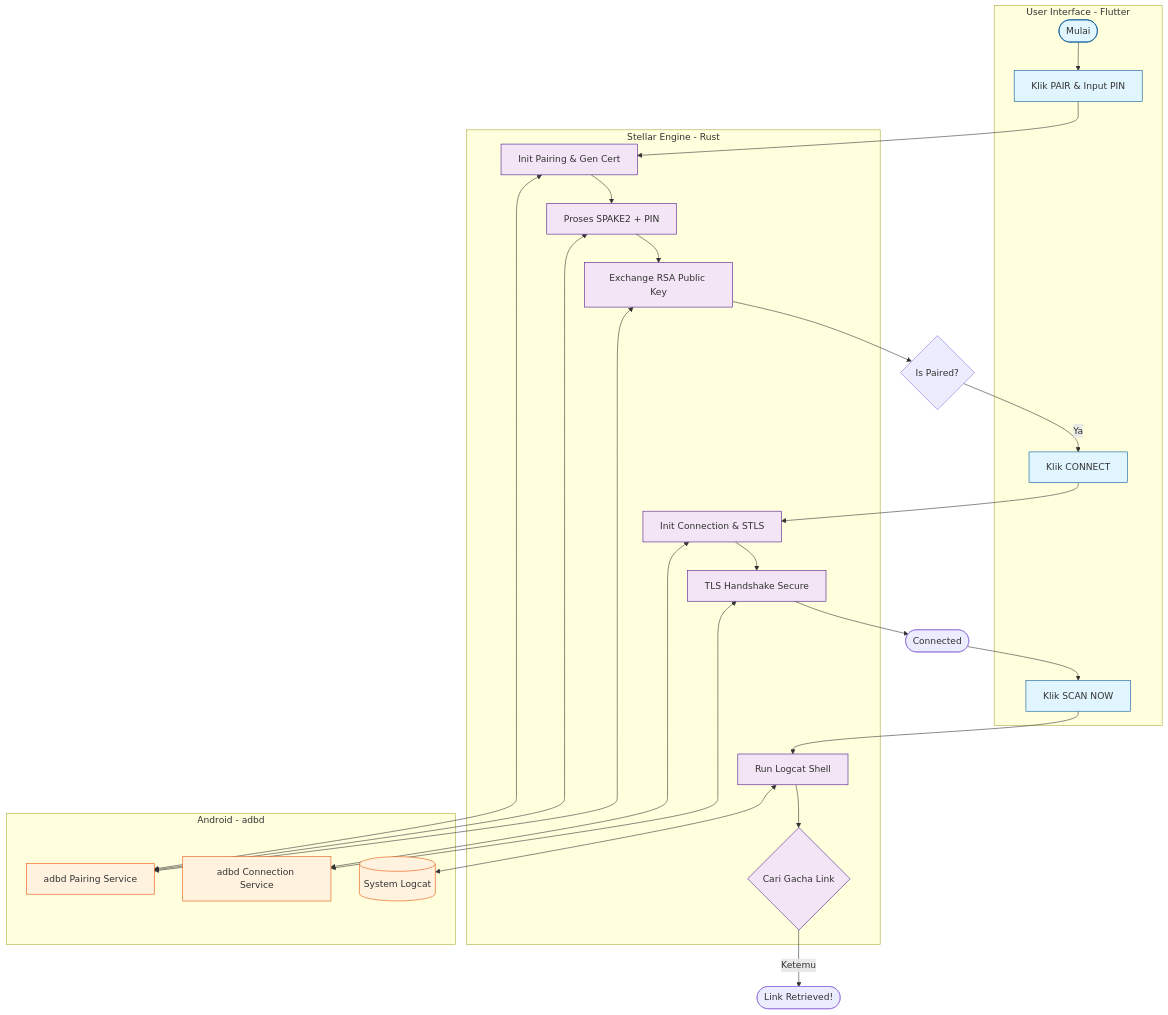
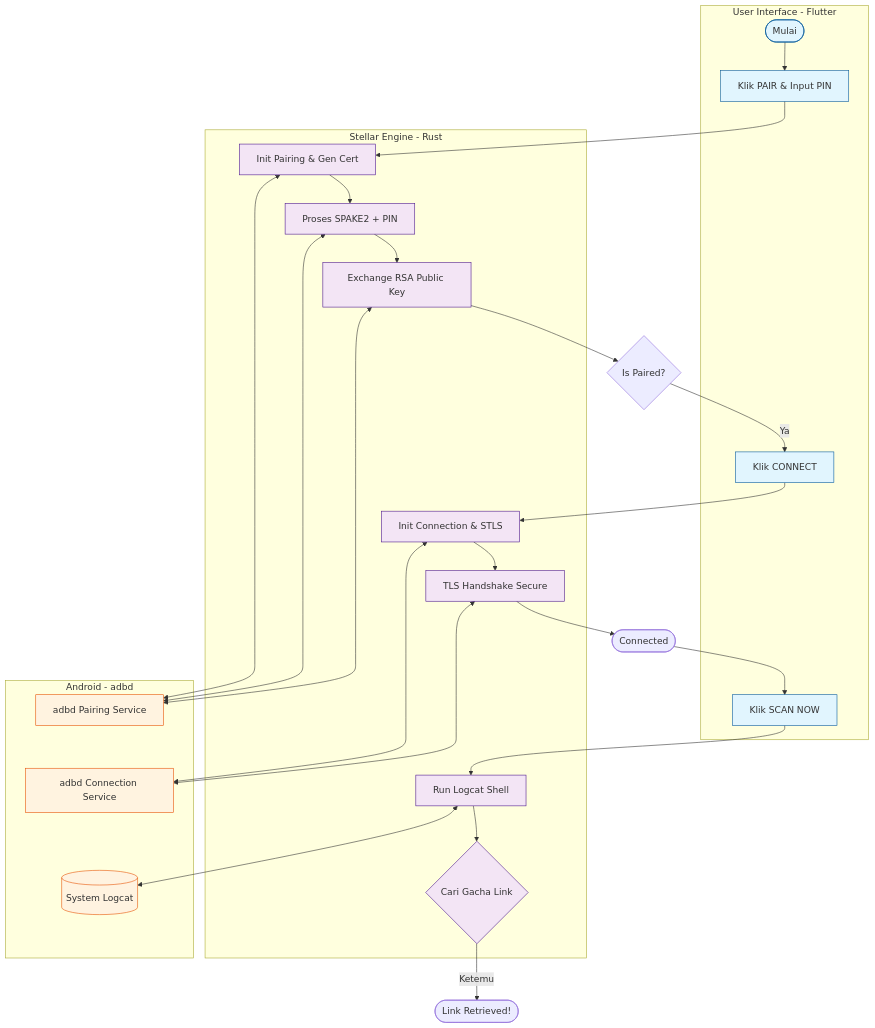
Before and after one commit to eLgorythm/Stellar: the diagram in Flowchart.md, drawn with Mermaid.

````diff
--- a/Flowchart.md
+++ b/Flowchart.md
@@ -5,62 +5,65 @@
 ```mermaid
 graph TD
     %% Definisi Style agar lebih enak dilihat
     classDef ui fill:#e1f5fe,stroke:#01579b
     classDef rust fill:#f3e5f5,stroke:#4a148c
     classDef adb fill:#fff3e0,stroke:#e65100
 
     subgraph User_Interface [User Interface - Flutter]
         Start([Mulai])
         PairBtn[Klik PAIR & Input PIN]
         ConnBtn[Klik CONNECT]
         ScanBtn[Klik SCAN NOW]
     end
 
     subgraph Stellar_Logic [Stellar Engine - Rust]
         P_Init[Init Pairing & Gen Cert]
         P_SPAKE2[Proses SPAKE2 + PIN]
         P_Peer[Exchange RSA Public Key]
         
         C_Init[Init Connection & STLS]
         C_TLS[TLS Handshake Secure]
         
         S_Log[Run Logcat Shell]
         S_Filt{Cari Gacha Link}
     end
 
     subgraph Android_System [Android - adbd]
         A_Pair[adbd Pairing Service]
         A_Conn[adbd Connection Service]
         A_Log[(System Logcat)]
+        
+        %% Invisible links to force vertical elongation
+        A_Pair ~~~ A_Conn ~~~ A_Log
     end
 
     %% --- ALUR PAIRING ---
     Start --> PairBtn
     PairBtn --> P_Init
     P_Init <--> A_Pair
     P_Init --> P_SPAKE2
     P_SPAKE2 <--> A_Pair
     P_SPAKE2 --> P_Peer
     P_Peer <--> A_Pair
     P_Peer --> Paired{Is Paired?}
 
     %% --- ALUR KONEKSI ---
     Paired -- Ya --> ConnBtn
     ConnBtn --> C_Init
     C_Init <--> A_Conn
     C_Init --> C_TLS
     C_TLS <--> A_Conn
     C_TLS --> Connected([Connected])
 
     %% --- ALUR SCANNING ---
     Connected --> ScanBtn
     ScanBtn --> S_Log
     S_Log <--> A_Log
     S_Log --> S_Filt
     S_Filt -- Ketemu --> Success([Link Retrieved!])
 
     %% Penerapan Style
     class Start,PairBtn,ConnBtn,ScanBtn ui
     class P_Init,P_SPAKE2,P_Peer,C_Init,C_TLS,S_Log,S_Filt rust
     class A_Pair,A_Conn,A_Log adb
 ```
````
